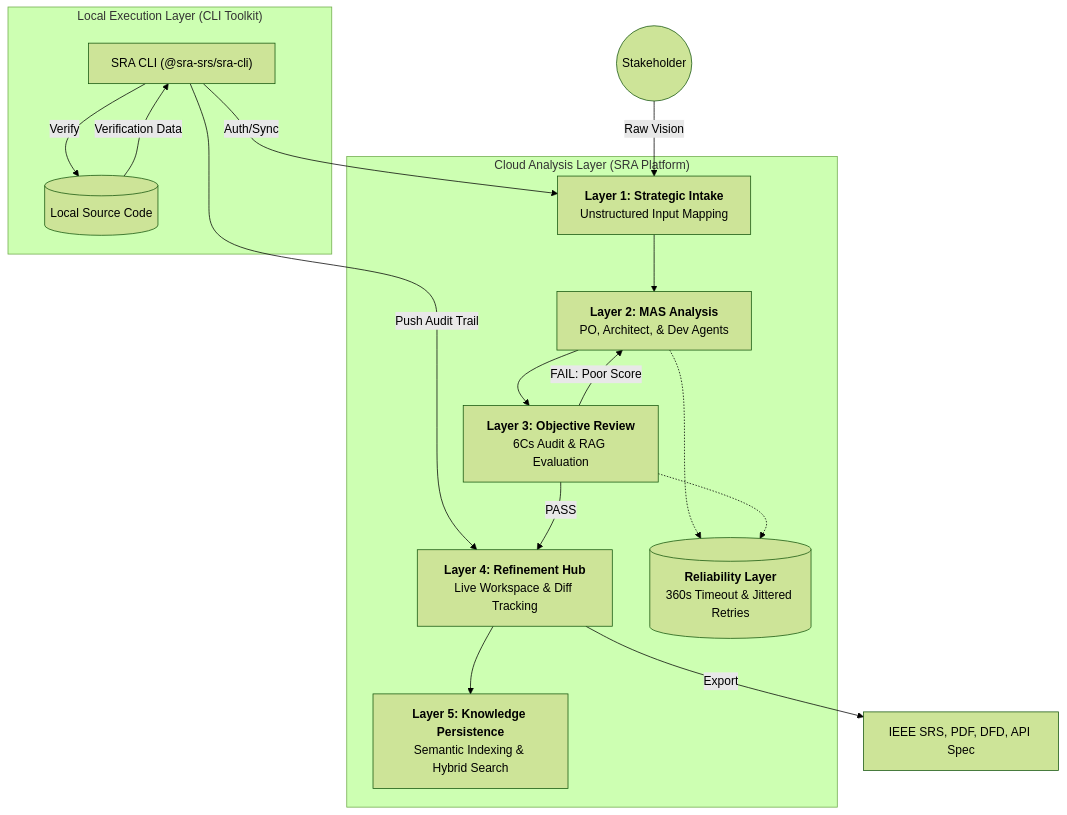
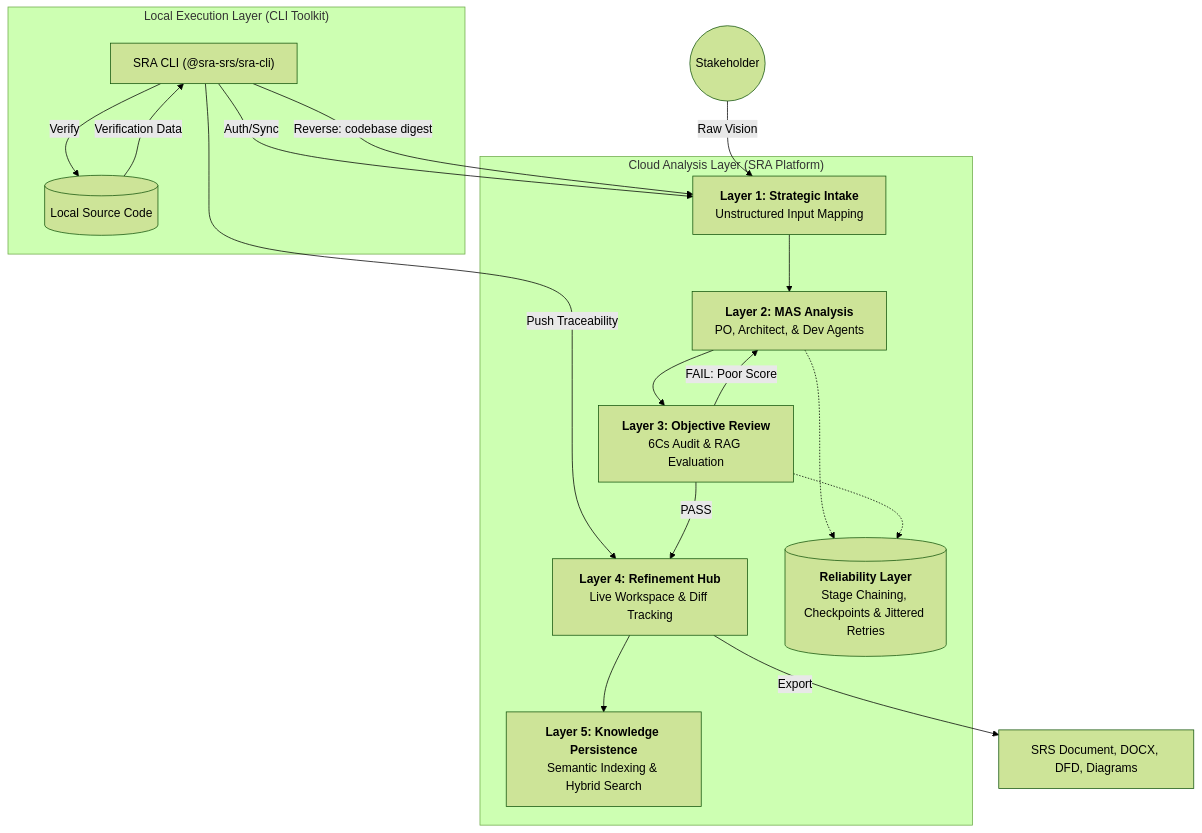
The diagram in Readme.md (Aniket-a14/SRA), drawn with Mermaid (forest theme) before and after one commit. The commit also changed other lines of this file and 53 other files, not shown here.

First line of the commit message:
Make the CLI a first-class platform client; implement reverse; fix CI

````diff
--- a/Readme.md
+++ b/Readme.md
@@ -56,28 +56,29 @@
 ```mermaid
 graph TD
     subgraph "Cloud Analysis Layer (SRA Platform)"
         L1[<b>Layer 1: Strategic Intake</b><br/>Unstructured Input Mapping]
         L2[<b>Layer 2: MAS Analysis</b><br/>PO, Architect, & Dev Agents]
         L3[<b>Layer 3: Objective Review</b><br/>6Cs Audit & RAG Evaluation]
         L4[<b>Layer 4: Refinement Hub</b><br/>Live Workspace & Diff Tracking]
         L5[<b>Layer 5: Knowledge Persistence</b><br/>Semantic Indexing & Hybrid Search]
 
-        Reliability[(<b>Reliability Layer</b><br/>360s Timeout & Jittered Retries)]
+        Reliability[(<b>Reliability Layer</b><br/>Stage Chaining, Checkpoints & Jittered Retries)]
         L2 & L3 -.-> Reliability
     end
 
     subgraph "Local Execution Layer (CLI Toolkit)"
         CLI["SRA CLI (@sra-srs/sra-cli)"] -->|Auth/Sync| L1
+        CLI -->|Reverse: codebase digest| L1
         CLI -->|Verify| Code[(Local Source Code)]
         Code -->|Verification Data| CLI
-        CLI -->|Push Audit Trail| L4
+        CLI -->|Push Traceability| L4
     end
 
     Stakeholder((Stakeholder)) -->|Raw Vision| L1
     L1 --> L2
     L2 --> L3
     L3 -->|FAIL: Poor Score| L2
     L3 -->|PASS| L4
-    L4 -->|Export| Artifacts[IEEE SRS, PDF, DFD, API Spec]
+    L4 -->|Export| Artifacts[SRS Document, DOCX, DFD, Diagrams]
     L4 --> L5
 ```
````
